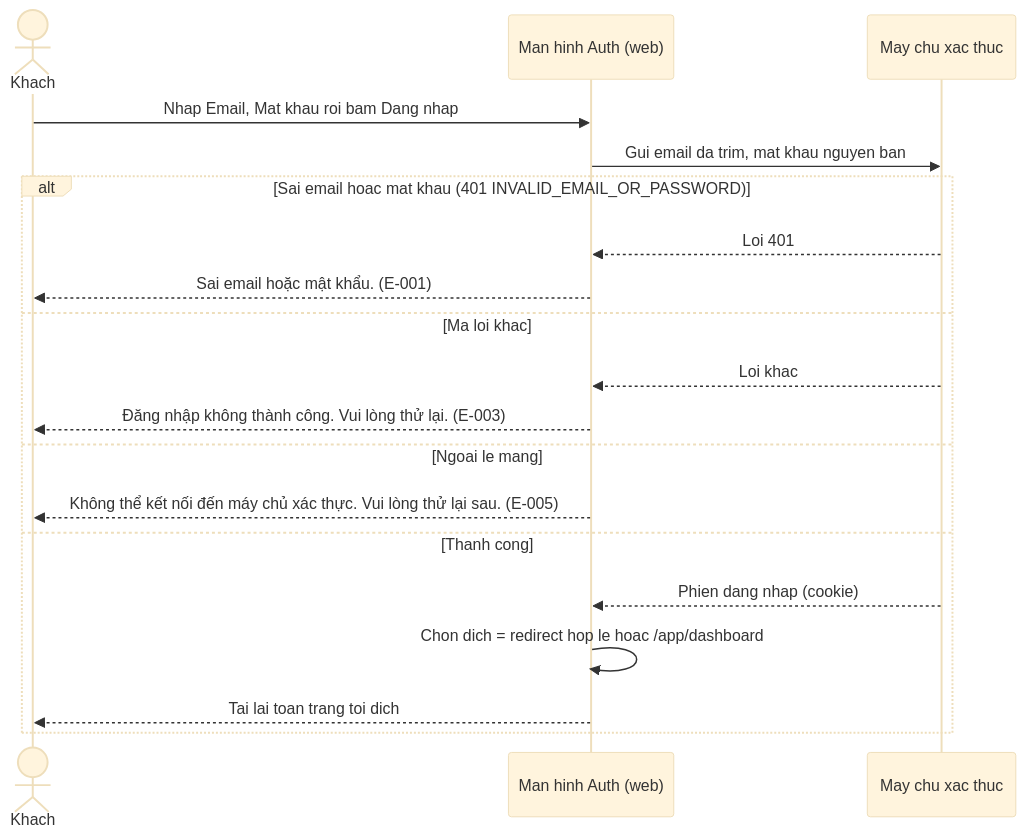
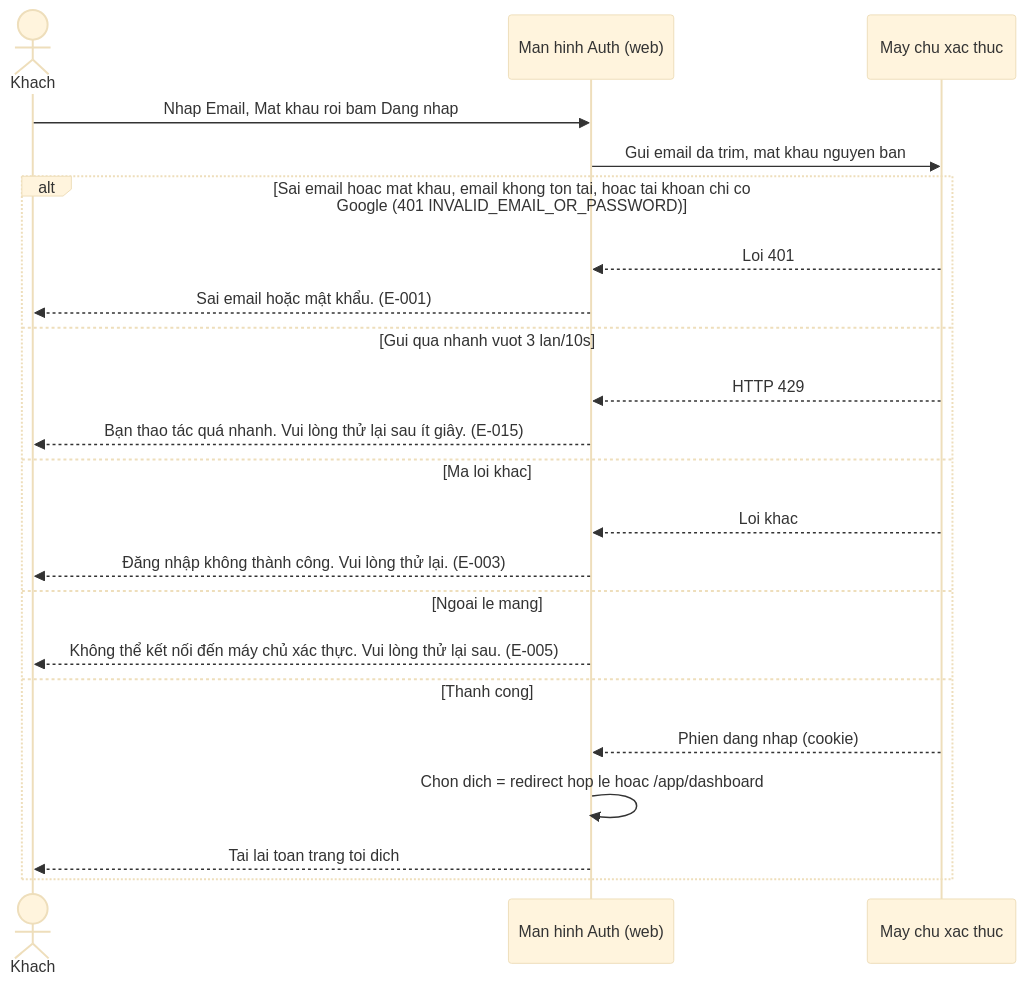
The third of 14 diagrams in docs/_reverse/auth-account/srs/auth-account-reverse-flows.md (vinh19410/vox-flow), drawn with Mermaid (base theme) before and after one commit. The commit also changed other lines of this file and 16 other files, not shown here.

````diff
--- a/docs/_reverse/auth-account/srs/auth-account-reverse-flows.md
+++ b/docs/_reverse/auth-account/srs/auth-account-reverse-flows.md
@@ -70,21 +80,24 @@
 ```mermaid
 sequenceDiagram
     actor K as Khach
     participant W as Man hinh Auth (web)
     participant S as May chu xac thuc
     K->>W: Nhap Email, Mat khau roi bam Dang nhap
     W->>S: Gui email da trim, mat khau nguyen ban
-    alt Sai email hoac mat khau (401 INVALID_EMAIL_OR_PASSWORD)
+    alt Sai email hoac mat khau, email khong ton tai, hoac tai khoan chi co Google (401 INVALID_EMAIL_OR_PASSWORD)
         S-->>W: Loi 401
         W-->>K: Sai email hoặc mật khẩu. (E-001)
+    else Gui qua nhanh vuot 3 lan/10s
+        S-->>W: HTTP 429
+        W-->>K: Bạn thao tác quá nhanh. Vui lòng thử lại sau ít giây. (E-015)
     else Ma loi khac
         S-->>W: Loi khac
         W-->>K: Đăng nhập không thành công. Vui lòng thử lại. (E-003)
     else Ngoai le mang
         W-->>K: Không thể kết nối đến máy chủ xác thực. Vui lòng thử lại sau. (E-005)
     else Thanh cong
         S-->>W: Phien dang nhap (cookie)
         W->>W: Chon dich = redirect hop le hoac /app/dashboard
         W-->>K: Tai lai toan trang toi dich
     end
 ```
````
